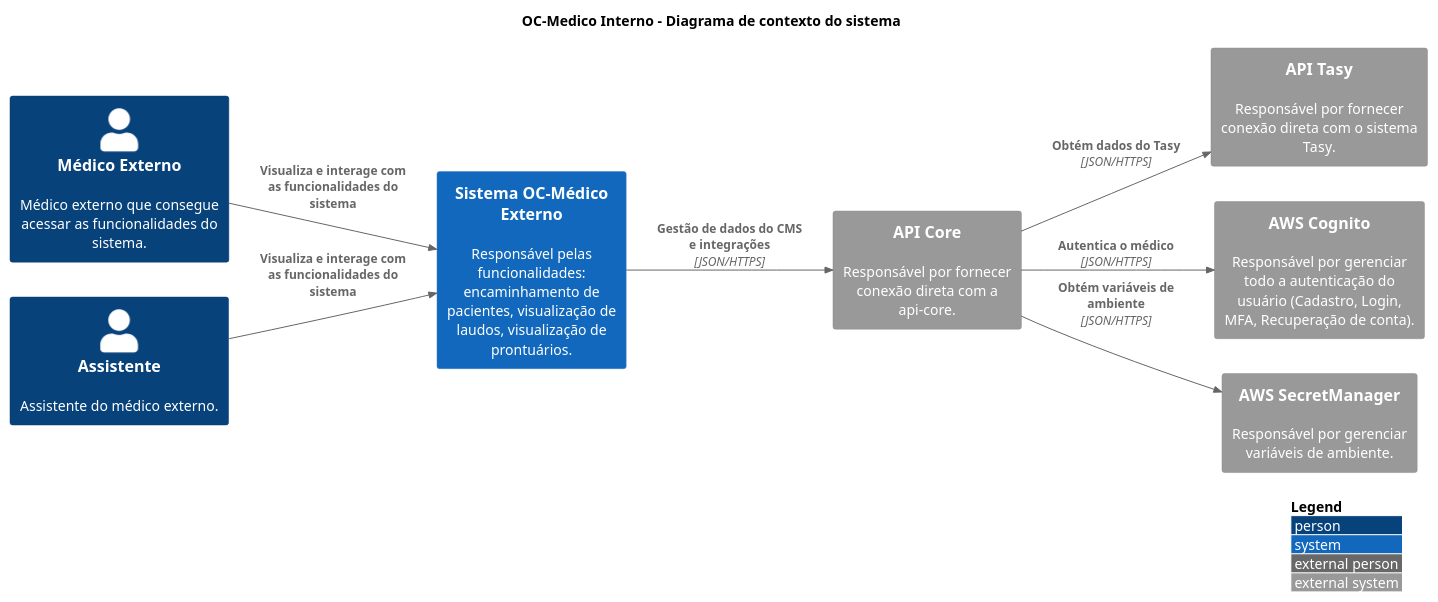
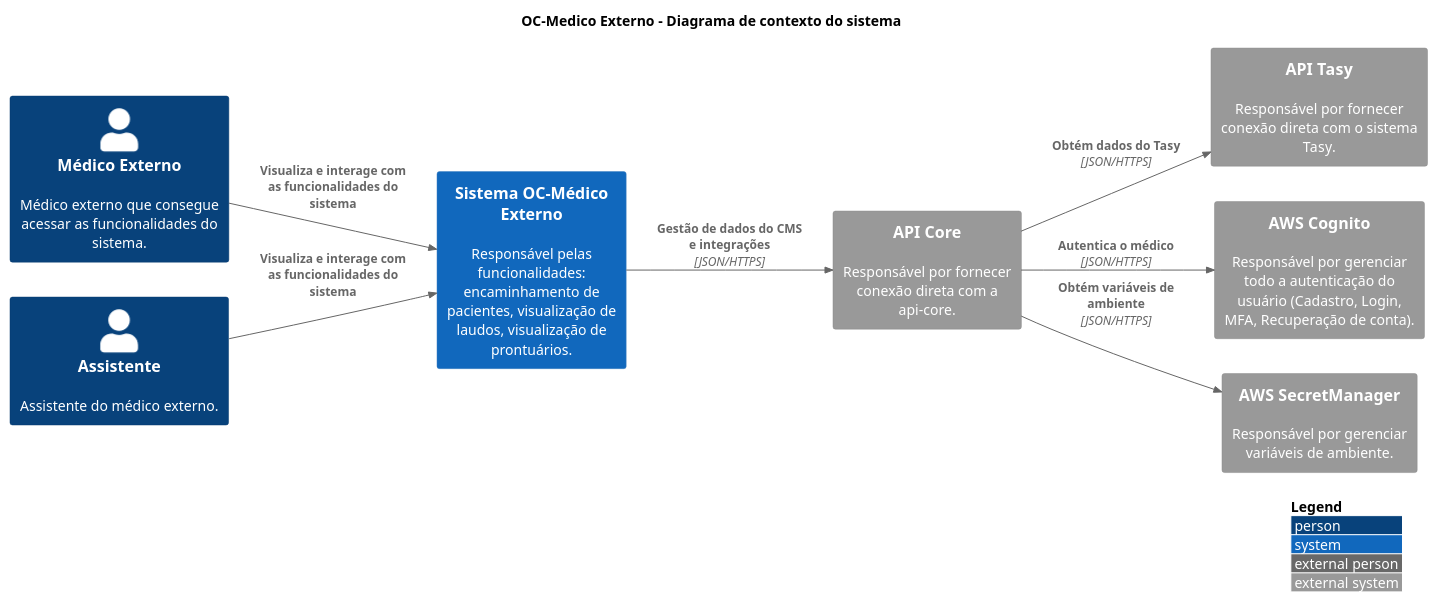
One commit to luizggbasedigital/poc-oc-docs changed the diagram in src/OC-Medico Externo/C1. Visão Geral/context.puml. Above: the diagram before and after it, drawn with PlantUML. The commit also changed 3 other files, not shown here.

Commit message:
fix: diagrams titles

```diff
--- a/src/OC-Medico Externo/C1. Visão Geral/context.puml
+++ b/src/OC-Medico Externo/C1. Visão Geral/context.puml
@@ -1,39 +1,39 @@
 @startuml "Context Diagram"
 
-title "OC-Medico Interno - Diagrama de contexto do sistema"
+title "OC-Medico Externo - Diagrama de contexto do sistema"
 
 !include https://raw.githubusercontent.com/adrianvlupu/C4-PlantUML/latest/C4_Context.puml
 
 LAYOUT_WITH_LEGEND()
 LAYOUT_LEFT_RIGHT()
 
 skinparam backgroundcolor transparent
 
 /'Actors'/
 Person(ActorReferrerPhysician, "Médico Externo", "Médico externo que consegue acessar as funcionalidades do sistema.")
 Person(ActorReferrerAssistant, "Assistente", "Assistente do médico externo.")
 
 /'Internal Systems'/
 System(SystemOCExternaPhysician, "Sistema OC-Médico Externo", "Responsável pelas funcionalidades: encaminhamento de pacientes, visualização de laudos, visualização de prontuários.")
 
 /'External Systems'/
 System_Ext(SystemTasyApi, "API Tasy", "Responsável por fornecer conexão direta com o sistema Tasy.")
 
 /'API-Core Systems'/
 System_Ext(SystemApiCore, "API Core", "Responsável por fornecer conexão direta com a api-core.")
 
 /'AWS Systems'/
 System_Ext(SystemAWSCognito, "AWS Cognito", "Responsável por gerenciar todo a autenticação do usuário (Cadastro, Login, MFA, Recuperação de conta).")
 System_Ext(SystemAWSSecretManager, "AWS SecretManager", "Responsável por gerenciar variáveis de ambiente.")
 
 /'Relations'/
 Rel(ActorReferrerPhysician, SystemOCExternaPhysician, "Visualiza e interage com as funcionalidades do sistema")
 Rel(ActorReferrerAssistant, SystemOCExternaPhysician, "Visualiza e interage com as funcionalidades do sistema")
 
 /'API-Core Integrations'/
 Rel(SystemOCExternaPhysician, SystemApiCore, "Gestão de dados do CMS e integrações", "JSON/HTTPS")
 Rel(SystemApiCore, SystemTasyApi, "Obtém dados do Tasy", "JSON/HTTPS")
 Rel(SystemApiCore, SystemAWSCognito, "Autentica o médico", "JSON/HTTPS")
 Rel(SystemApiCore, SystemAWSSecretManager, "Obtém variáveis de ambiente", "JSON/HTTPS")
 
 @enduml
```
